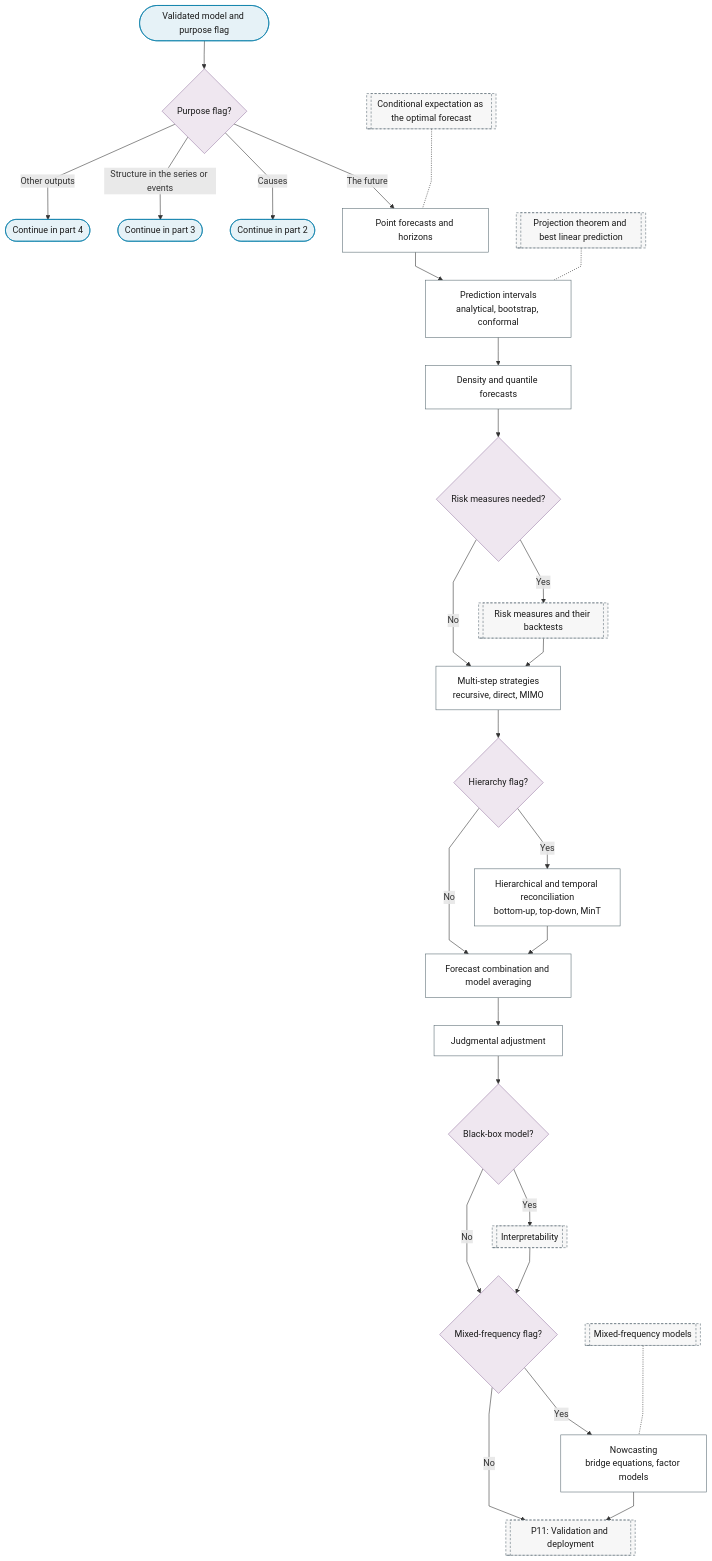
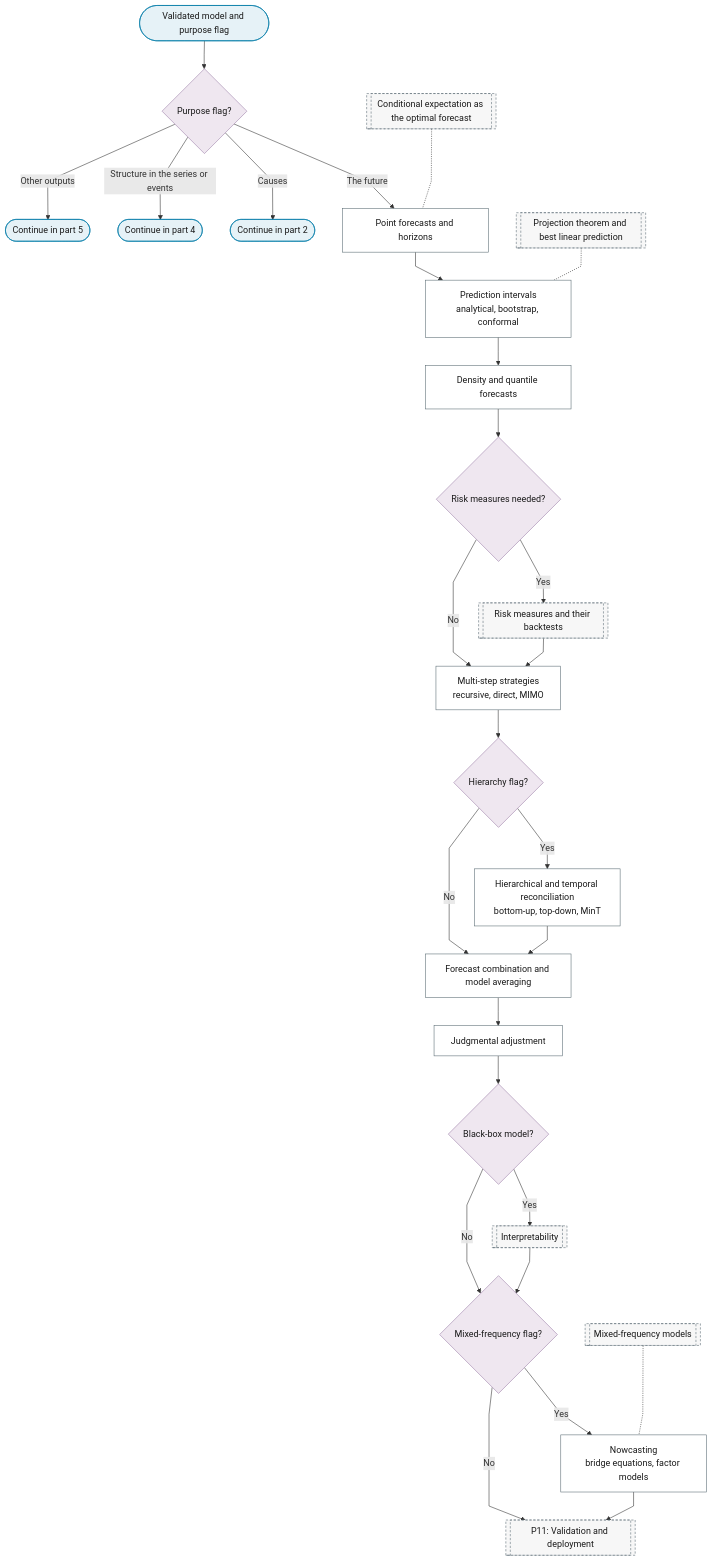
One commit to Shuxin-Y/time-series-analysis-manual changed the first of 5 diagrams in docs/01-workflow/p10-inference.md. Above: the diagram before and after it, drawn with Mermaid. The commit also changed other lines of this file and 8 other files, not shown here.

First line of the commit message:
fix(flowchart): alternatives are fan-outs, dependencies are chains

````diff
--- a/docs/01-workflow/p10-inference.md
+++ b/docs/01-workflow/p10-inference.md
@@ -11,42 +11,42 @@
 ```mermaid
 %%{init: {"flowchart": {"curve": "linear"}}}%%
 graph TD
     P10_IN(["Validated model and purpose flag"]) --> P10_PURPOSE{"Purpose flag?"}
     P10_PURPOSE -->|"The future"| P10_POINT_FORECASTS["Point forecasts and horizons"]
     P10_PURPOSE -->|"Causes"| P10_TO_PART_2(["Continue in part 2"])
-    P10_PURPOSE -->|"Structure in the series or events"| P10_TO_PART_3(["Continue in part 3"])
-    P10_PURPOSE -->|"Other outputs"| P10_TO_PART_4(["Continue in part 4"])
+    P10_PURPOSE -->|"Structure in the series or events"| P10_TO_PART_4(["Continue in part 4"])
+    P10_PURPOSE -->|"Other outputs"| P10_TO_PART_5(["Continue in part 5"])
     P10_POINT_FORECASTS --> P10_INTERVALS["Prediction intervals<br/>analytical, bootstrap, conformal"]
     P10_INTERVALS --> P10_DENSITY_QUANTILE["Density and quantile forecasts"]
     P10_DENSITY_QUANTILE --> P10_RISK{"Risk measures needed?"}
     P10_RISK -->|"Yes"| P10_RISK_MEASURES[["Risk measures and their backtests"]]
     P10_RISK -->|"No"| P10_MULTISTEP
     P10_RISK_MEASURES --> P10_MULTISTEP["Multi-step strategies<br/>recursive, direct, MIMO"]
     P10_MULTISTEP --> P10_HIERARCHY{"Hierarchy flag?"}
     P10_HIERARCHY -->|"Yes"| P10_RECONCILIATION["Hierarchical and temporal reconciliation<br/>bottom-up, top-down, MinT"]
     P10_HIERARCHY -->|"No"| P10_COMBINATION
     P10_RECONCILIATION --> P10_COMBINATION["Forecast combination and model averaging"]
     P10_COMBINATION --> P10_JUDGMENTAL["Judgmental adjustment"]
     P10_JUDGMENTAL --> P10_BLACK_BOX{"Black-box model?"}
     P10_BLACK_BOX -->|"Yes"| P10_INTERPRETABILITY[["Interpretability"]]
     P10_BLACK_BOX -->|"No"| P10_MIXED
     P10_INTERPRETABILITY --> P10_MIXED{"Mixed-frequency flag?"}
     P10_MIXED -->|"Yes"| P10_NOWCASTING["Nowcasting<br/>bridge equations, factor models"]
     P10_MIXED -->|"No"| P11
     P10_NOWCASTING --> P11[["P11: Validation and deployment"]]
     F_CONDITIONAL_EXPECTATION[["Conditional expectation as the optimal forecast"]] -.- P10_POINT_FORECASTS
     F_PROJECTION[["Projection theorem and best linear prediction"]] -.- P10_INTERVALS
     P6_MIXED_FREQUENCY[["Mixed-frequency models"]] -.- P10_NOWCASTING
-    class P10_IN,P10_TO_PART_2,P10_TO_PART_3,P10_TO_PART_4 terminator
+    class P10_IN,P10_TO_PART_2,P10_TO_PART_4,P10_TO_PART_5 terminator
     class P10_PURPOSE,P10_RISK,P10_HIERARCHY,P10_BLACK_BOX,P10_MIXED decision
     class P10_POINT_FORECASTS,P10_INTERVALS,P10_DENSITY_QUANTILE,P10_MULTISTEP,P10_RECONCILIATION,P10_COMBINATION,P10_JUDGMENTAL,P10_NOWCASTING process
     class P10_RISK_MEASURES,P10_INTERPRETABILITY,P11,F_CONDITIONAL_EXPECTATION,F_PROJECTION,P6_MIXED_FREQUENCY ref
     classDef terminator fill:#E6F2F7,stroke:#007BA7,color:#1A1A1A;
     classDef process fill:#FFFFFF,stroke:#5A6B73,color:#1A1A1A;
     classDef decision fill:#EFE7F0,stroke:#9B7FA7,color:#1A1A1A;
     classDef data fill:#FFF4E0,stroke:#C9A55E,color:#1A1A1A;
     classDef good fill:#DCEFD8,stroke:#4A7A3F,color:#1A1A1A;
     classDef escalate fill:#FFE9C2,stroke:#C9A55E,color:#1A1A1A;
     classDef problem fill:#F2D9DE,stroke:#800020,color:#1A1A1A;
     classDef ref fill:#F7F7F7,stroke:#5A6B73,color:#1A1A1A,stroke-dasharray:4 3;
 ```
````
